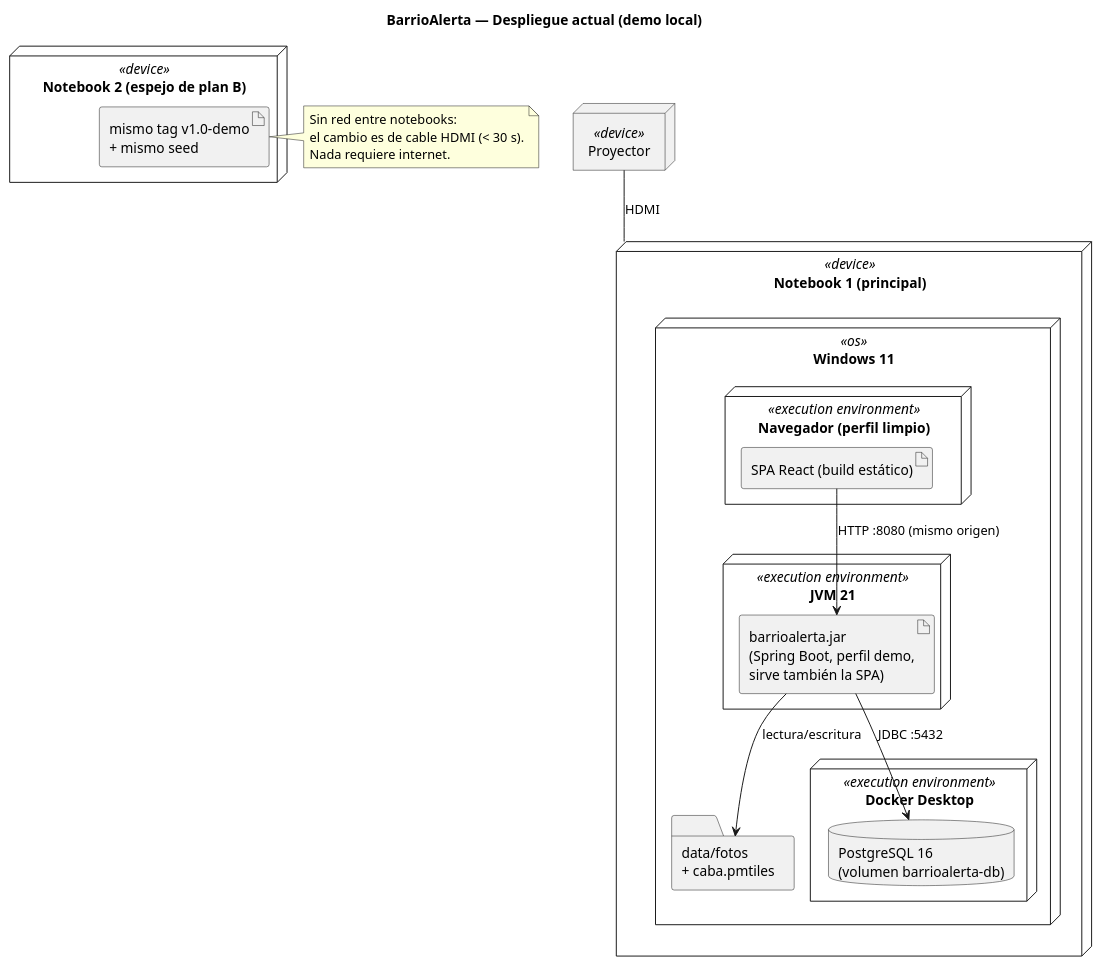
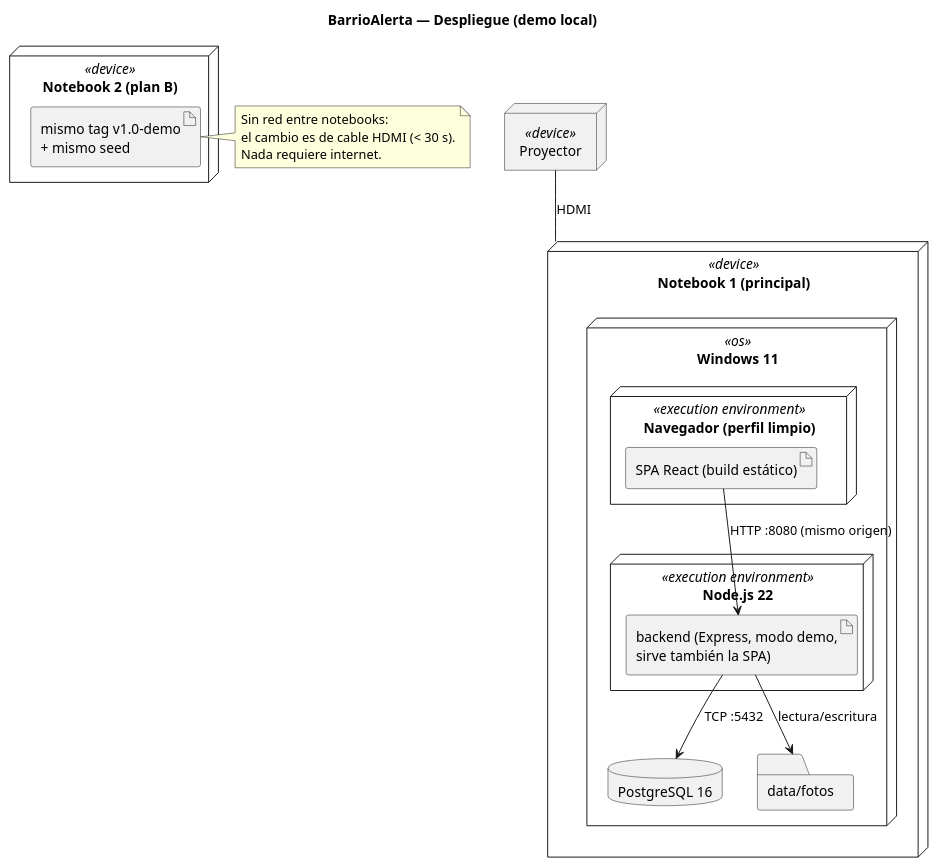
The diagram in docs/diagramas/despliegue.puml (tolmedo/barrioalerta), drawn with PlantUML before and after one commit. The commit also changed other lines of this file and 119 other files, not shown here.

```diff
--- a/docs/diagramas/despliegue.puml
+++ b/docs/diagramas/despliegue.puml
@@ -1,34 +1,32 @@
-@startuml despliegue-actual
-title BarrioAlerta — Despliegue actual (demo local)
+@startuml despliegue
+title BarrioAlerta — Despliegue (demo local)
 
 node "Notebook 1 (principal)" <<device>> {
   node "Windows 11" <<os>> {
     node "Navegador (perfil limpio)" <<execution environment>> {
       artifact "SPA React (build estático)" as SPA1
     }
-    node "JVM 21" <<execution environment>> {
-      artifact "barrioalerta.jar\n(Spring Boot, perfil demo,\nsirve también la SPA)" as JAR1
+    node "Node.js 22" <<execution environment>> {
+      artifact "backend (Express, modo demo,\nsirve también la SPA)" as API1
     }
-    node "Docker Desktop" <<execution environment>> {
-      database "PostgreSQL 16\n(volumen barrioalerta-db)" as DB1
-    }
-    folder "data/fotos\n+ caba.pmtiles" as Archivos1
+    database "PostgreSQL 16" as DB1
+    folder "data/fotos" as Archivos1
   }
 }
 
-node "Notebook 2 (espejo de plan B)" <<device>> {
+node "Notebook 2 (plan B)" <<device>> {
   artifact "mismo tag v1.0-demo\n+ mismo seed" as Espejo
 }
 
 node "Proyector" <<device>> as Proyector
 
-SPA1 --> JAR1 : HTTP :8080 (mismo origen)
-JAR1 --> DB1 : JDBC :5432
-JAR1 --> Archivos1 : lectura/escritura
+SPA1 --> API1 : HTTP :8080 (mismo origen)
+API1 --> DB1 : TCP :5432
+API1 --> Archivos1 : lectura/escritura
 Proyector -- "Notebook 1 (principal)" : HDMI
 note right of Espejo
   Sin red entre notebooks:
   el cambio es de cable HDMI (< 30 s).
   Nada requiere internet.
 end note
 @enduml
```
